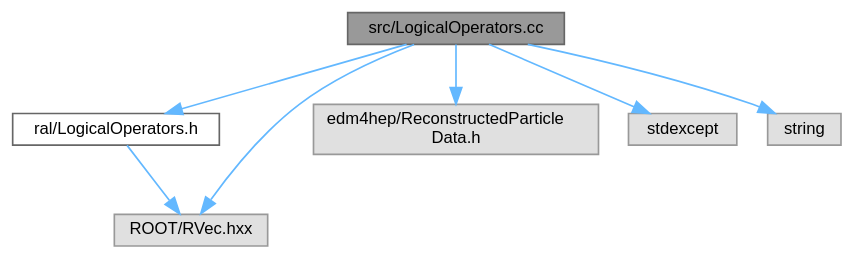
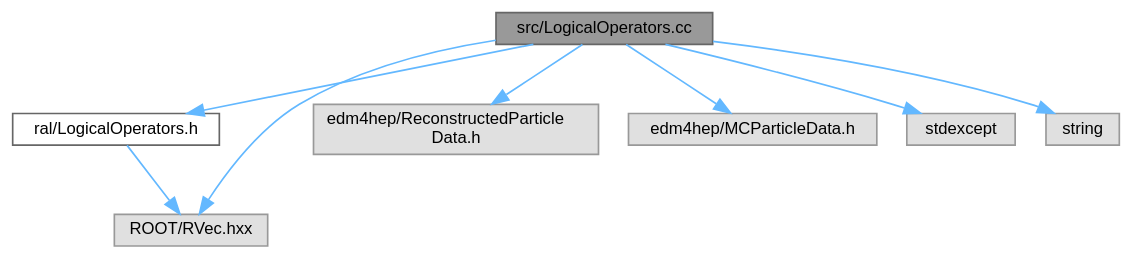
One commit to Juanki0396/ral changed the diagram in docs/LogicalOperators_8cc__incl.dot. Above: the diagram before and after it, drawn with Graphviz. The commit also changed 34 other files, not shown here.

```diff
--- a/docs/LogicalOperators_8cc__incl.dot
+++ b/docs/LogicalOperators_8cc__incl.dot
@@ -1,19 +1,21 @@
 digraph "src/LogicalOperators.cc"
 {
  // LATEX_PDF_SIZE
   bgcolor="transparent";
   edge [fontname=Helvetica,fontsize=10,labelfontname=Helvetica,labelfontsize=10];
   node [fontname=Helvetica,fontsize=10,shape=box,height=0.2,width=0.4];
   Node1 [id="Node000001",label="src/LogicalOperators.cc",height=0.2,width=0.4,color="gray40", fillcolor="grey60", style="filled", fontcolor="black",tooltip=" "];
   Node1 -> Node2 [id="edge1_Node000001_Node000002",color="steelblue1",style="solid",tooltip=" "];
   Node2 [id="Node000002",label="ral/LogicalOperators.h",height=0.2,width=0.4,color="grey40", fillcolor="white", style="filled",URL="$LogicalOperators_8h.html",tooltip=" "];
   Node2 -> Node3 [id="edge2_Node000002_Node000003",color="steelblue1",style="solid",tooltip=" "];
   Node3 [id="Node000003",label="ROOT/RVec.hxx",height=0.2,width=0.4,color="grey60", fillcolor="#E0E0E0", style="filled",tooltip=" "];
   Node1 -> Node3 [id="edge3_Node000001_Node000003",color="steelblue1",style="solid",tooltip=" "];
   Node1 -> Node4 [id="edge4_Node000001_Node000004",color="steelblue1",style="solid",tooltip=" "];
   Node4 [id="Node000004",label="edm4hep/ReconstructedParticle\lData.h",height=0.2,width=0.4,color="grey60", fillcolor="#E0E0E0", style="filled",tooltip=" "];
   Node1 -> Node5 [id="edge5_Node000001_Node000005",color="steelblue1",style="solid",tooltip=" "];
-  Node5 [id="Node000005",label="stdexcept",height=0.2,width=0.4,color="grey60", fillcolor="#E0E0E0", style="filled",tooltip=" "];
+  Node5 [id="Node000005",label="edm4hep/MCParticleData.h",height=0.2,width=0.4,color="grey60", fillcolor="#E0E0E0", style="filled",tooltip=" "];
   Node1 -> Node6 [id="edge6_Node000001_Node000006",color="steelblue1",style="solid",tooltip=" "];
-  Node6 [id="Node000006",label="string",height=0.2,width=0.4,color="grey60", fillcolor="#E0E0E0", style="filled",tooltip=" "];
+  Node6 [id="Node000006",label="stdexcept",height=0.2,width=0.4,color="grey60", fillcolor="#E0E0E0", style="filled",tooltip=" "];
+  Node1 -> Node7 [id="edge7_Node000001_Node000007",color="steelblue1",style="solid",tooltip=" "];
+  Node7 [id="Node000007",label="string",height=0.2,width=0.4,color="grey60", fillcolor="#E0E0E0", style="filled",tooltip=" "];
 }
```
